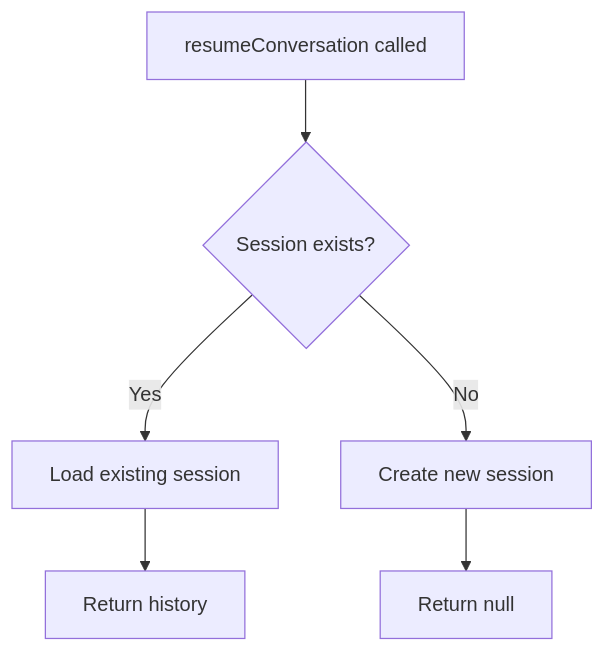
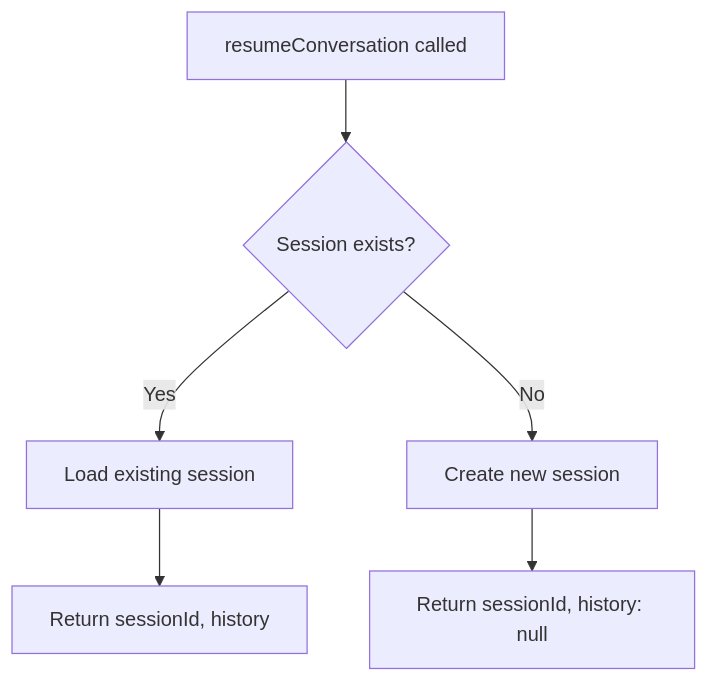
One commit to truffle-ai/dexto changed the second of 2 diagrams in docs/docs/guides/dexto-sdk.md. Above: the diagram before and after it, drawn with Mermaid. The commit also changed other lines of this file and 26 other files, not shown here.

````diff
--- a/docs/docs/guides/dexto-sdk.md
+++ b/docs/docs/guides/dexto-sdk.md
@@ -263,8 +263,8 @@
 ```mermaid
 flowchart TD
     A[resumeConversation called] --> B{Session exists?}
     B -->|Yes| C[Load existing session]
     B -->|No| D[Create new session]
-    C --> E[Return history]
-    D --> F[Return null]
+    C --> E[Return sessionId, history]
+    D --> F[Return sessionId, history: null]
 ```
````
